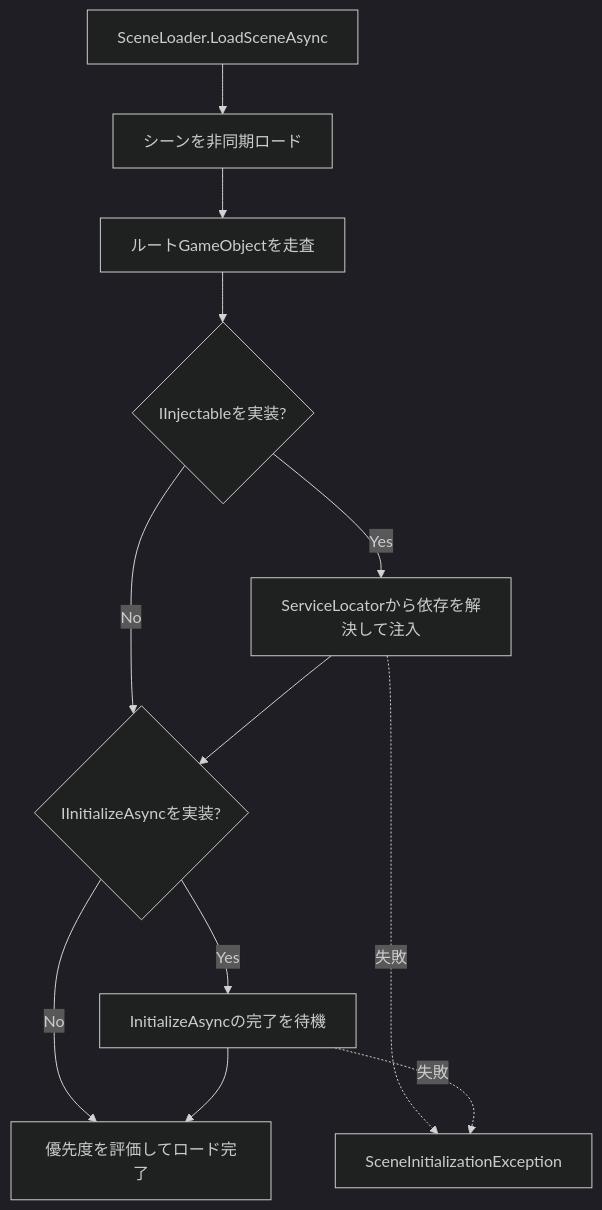
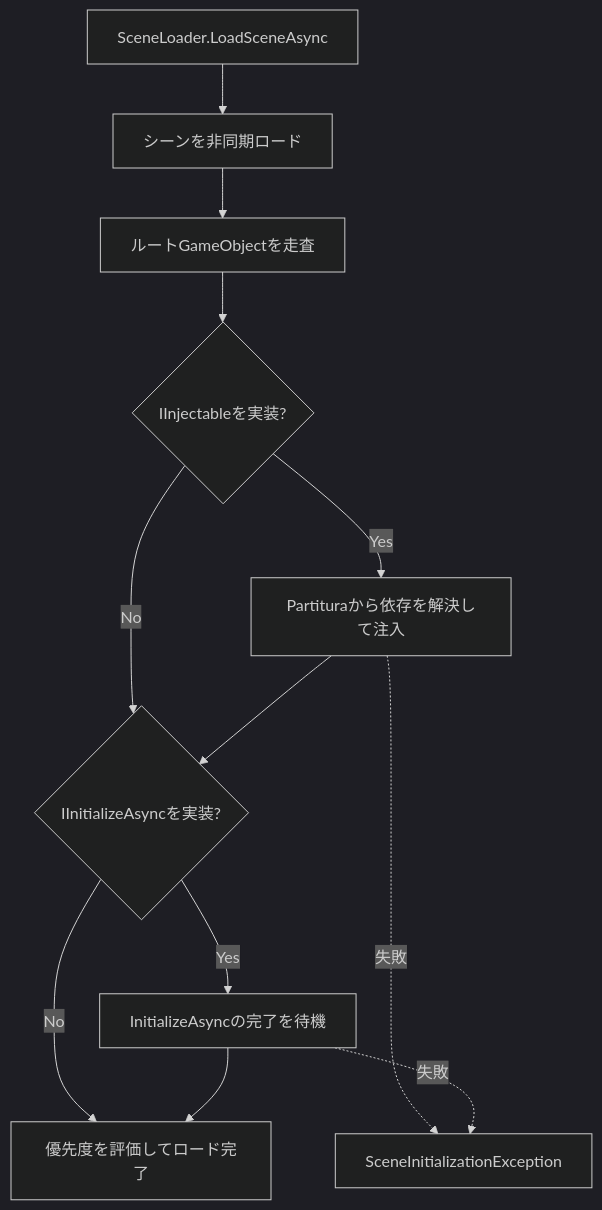
The fourth of 9 diagrams in Documentation/ModuleInternals.md (HIBIKI5201/SymphonyWorkspace), drawn with Mermaid (dark theme) before and after one commit. The commit also changed other lines of this file and 10 other files, not shown here.

````diff
--- a/Documentation/ModuleInternals.md
+++ b/Documentation/ModuleInternals.md
@@ -158,14 +158,14 @@
 ```mermaid
 flowchart TD
     Request["SceneLoader.LoadSceneAsync"] --> Load["シーンを非同期ロード"]
     Load --> Roots["ルートGameObjectを走査"]
     Roots --> Inject{"IInjectableを実装?"}
-    Inject -- Yes --> Resolve["ServiceLocatorから依存を解決して注入"]
+    Inject -- Yes --> Resolve["Partituraから依存を解決して注入"]
     Inject -- No --> Initialize
     Resolve --> Initialize{"IInitializeAsyncを実装?"}
     Initialize -- Yes --> Await["InitializeAsyncの完了を待機"]
     Initialize -- No --> Complete["優先度を評価してロード完了"]
     Await --> Complete
     Resolve -. "失敗" .-> Exception["SceneInitializationException"]
     Await -. "失敗" .-> Exception
 ```
````
